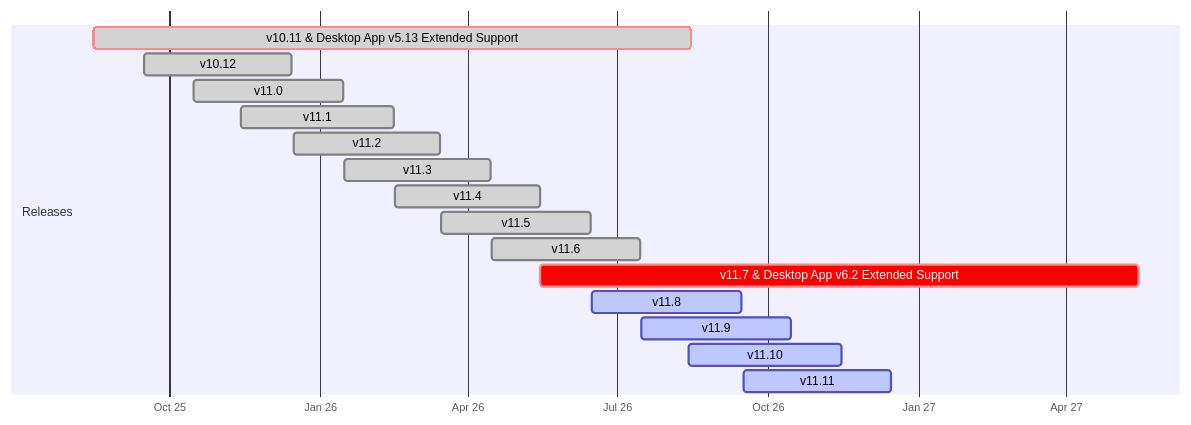
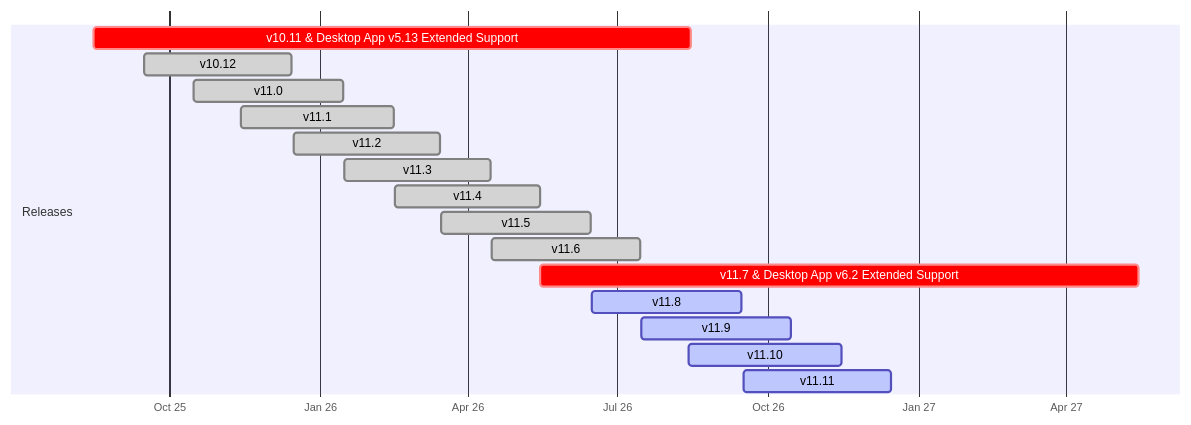
One commit to mattermost/docs changed the diagram in source/product-overview/release-policy.md. Above: the diagram before and after it, drawn with Mermaid.

````diff
--- a/source/product-overview/release-policy.md
+++ b/source/product-overview/release-policy.md
@@ -44,22 +44,22 @@
 ```{mermaid}
 
 gantt
     dateFormat  YYYY-MM-DD
     axisFormat  %b %y
 
     section Releases
-    v10.11 & Desktop App v5.13 Extended Support :crit, done, 2025-08-16, 2026-08-15
+    v10.11 & Desktop App v5.13 Extended Support :crit, :done, 2025-08-16, 2026-08-15
     v10.12                 :done, 2025-09-16, 2025-12-15
     v11.0                  :done, 2025-10-16, 2026-01-15
     v11.1                  :done, 2025-11-14, 2026-02-15
     v11.2                  :done, 2025-12-16, 2026-03-15
     v11.3                  :done, 2026-01-16, 2026-04-15
     v11.4                  :done, 2026-02-16, 2026-05-15
     v11.5                  :done, 2026-03-16, 2026-06-15
     v11.6                  :done, 2026-04-16, 2026-07-15
     v11.7 & Desktop App v6.2 Extended Support :crit,    2026-05-15, 2027-05-15
     v11.8                  :active, 2026-06-16, 2026-09-15
     v11.9                  :active, 2026-07-16, 2026-10-15
     v11.10                 :active, 2026-08-14, 2026-11-15
     v11.11                 :active, 2026-09-16, 2026-12-15
 ```
````
